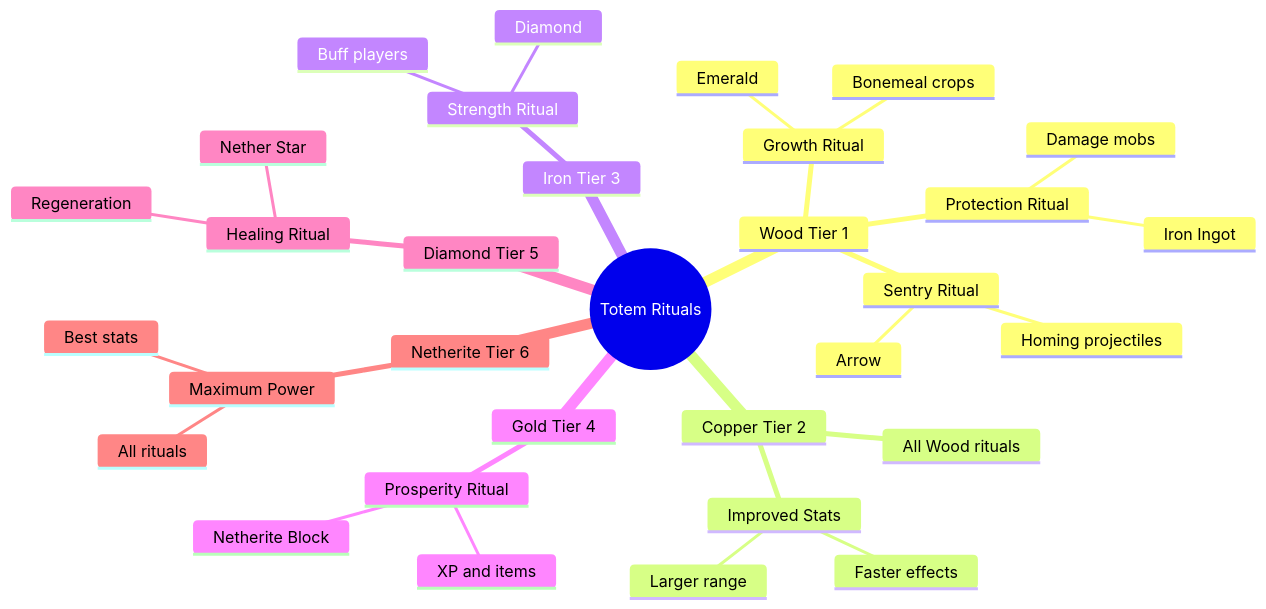
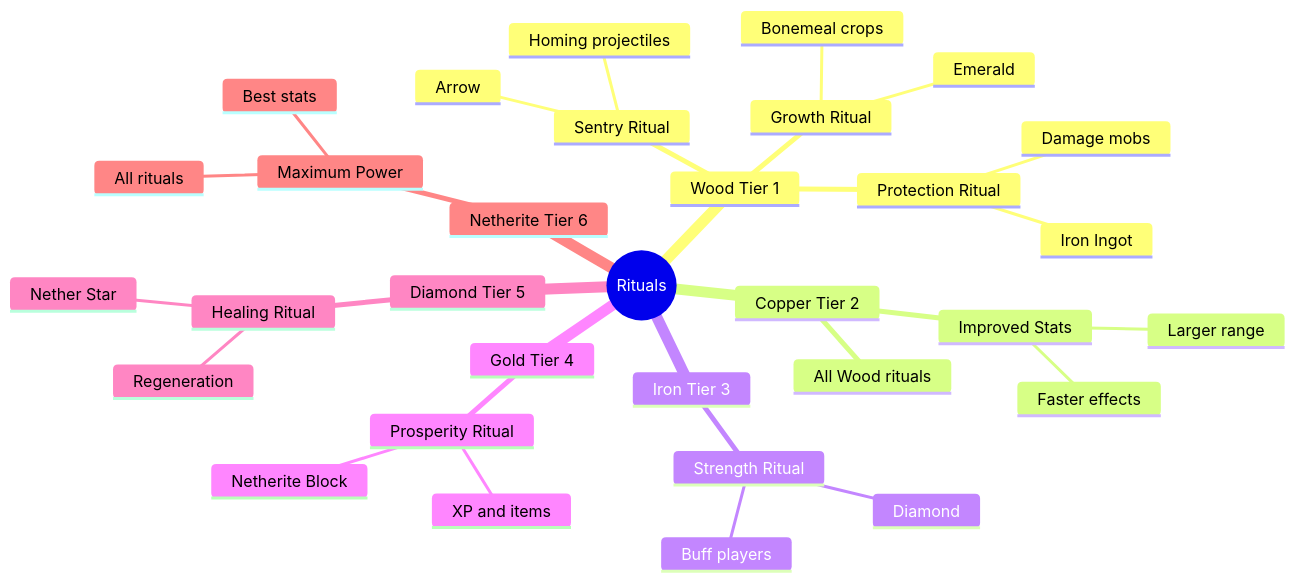
Before and after one commit to Underwood-Inc/rituals: the second of 4 diagrams in README.md, drawn with Mermaid. The commit also changed other lines of this file and 51 other files, not shown here.

````diff
--- a/README.md
+++ b/README.md
@@ -331,35 +331,35 @@
 ```mermaid
 mindmap
-  root((Totem Rituals))
+  root((Rituals))
     Wood Tier 1
       Growth Ritual
         Emerald
         Bonemeal crops
       Protection Ritual
         Iron Ingot
         Damage mobs
       Sentry Ritual
         Arrow
         Homing projectiles
     Copper Tier 2
       All Wood rituals
       Improved Stats
         Faster effects
         Larger range
     Iron Tier 3
       Strength Ritual
         Diamond
         Buff players
     Gold Tier 4
       Prosperity Ritual
         Netherite Block
         XP and items
     Diamond Tier 5
       Healing Ritual
         Nether Star
         Regeneration
     Netherite Tier 6
       Maximum Power
         All rituals
         Best stats
 ```
````
